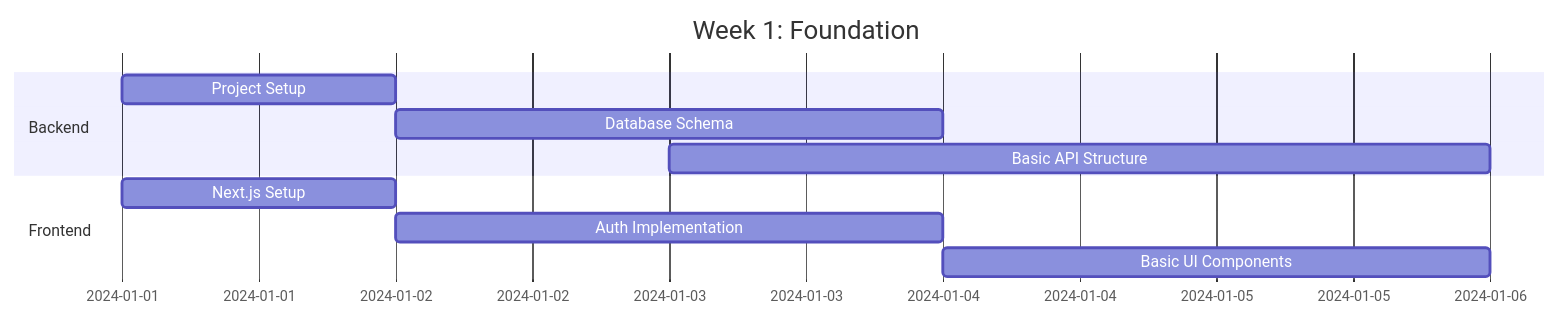
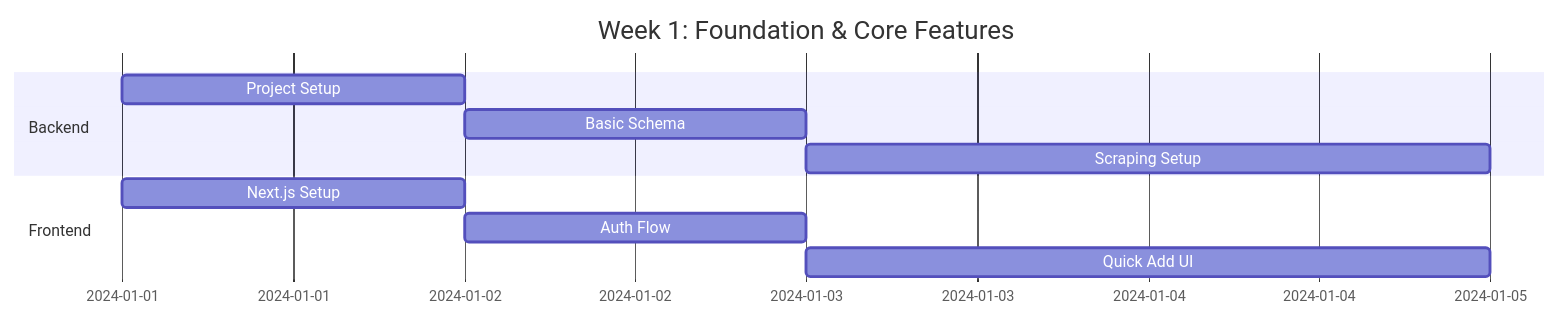
Before and after one commit to menezmethod/churnistic: the first of 4 diagrams in docs/MVP_PLAN.md, drawn with Mermaid. The commit also changed other lines of this file and 10 other files, not shown here.

Commit message:
docs: update documentation with project structure and implementation details

````diff
--- a/docs/MVP_PLAN.md
+++ b/docs/MVP_PLAN.md
@@ -103,13 +167,13 @@
 ```mermaid
 gantt
-    title Week 1: Foundation
+    title Week 1: Foundation & Core Features
     dateFormat  YYYY-MM-DD
     section Backend
     Project Setup           :2024-01-01, 1d
-    Database Schema         :2024-01-02, 2d
-    Basic API Structure     :2024-01-03, 3d
+    Basic Schema           :2024-01-02, 1d
+    Scraping Setup        :2024-01-03, 2d
     section Frontend
     Next.js Setup          :2024-01-01, 1d
-    Auth Implementation    :2024-01-02, 2d
-    Basic UI Components    :2024-01-04, 2d
+    Auth Flow             :2024-01-02, 1d
+    Quick Add UI          :2024-01-03, 2d
 ```
````
